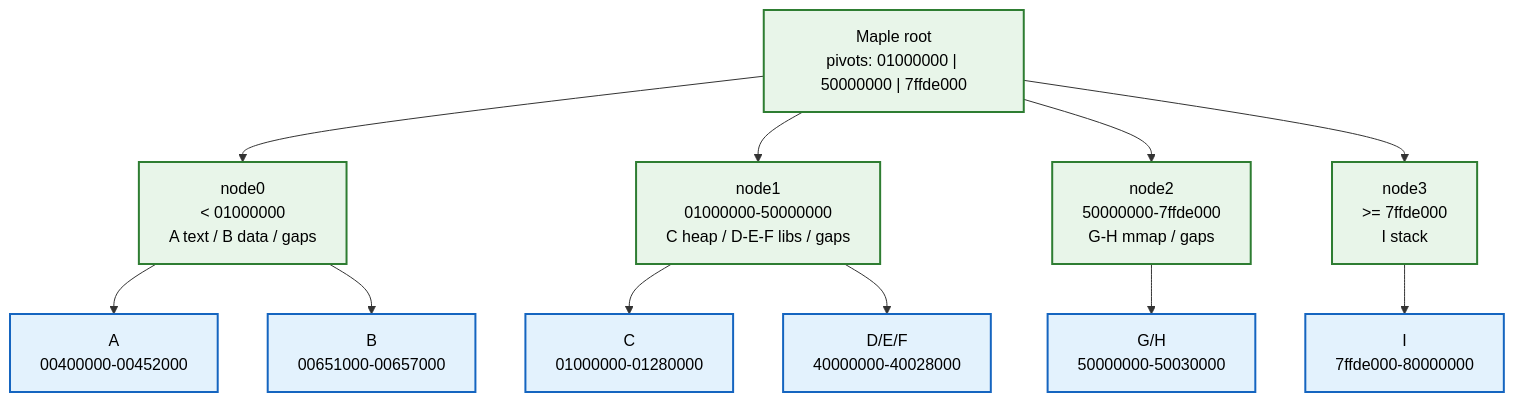
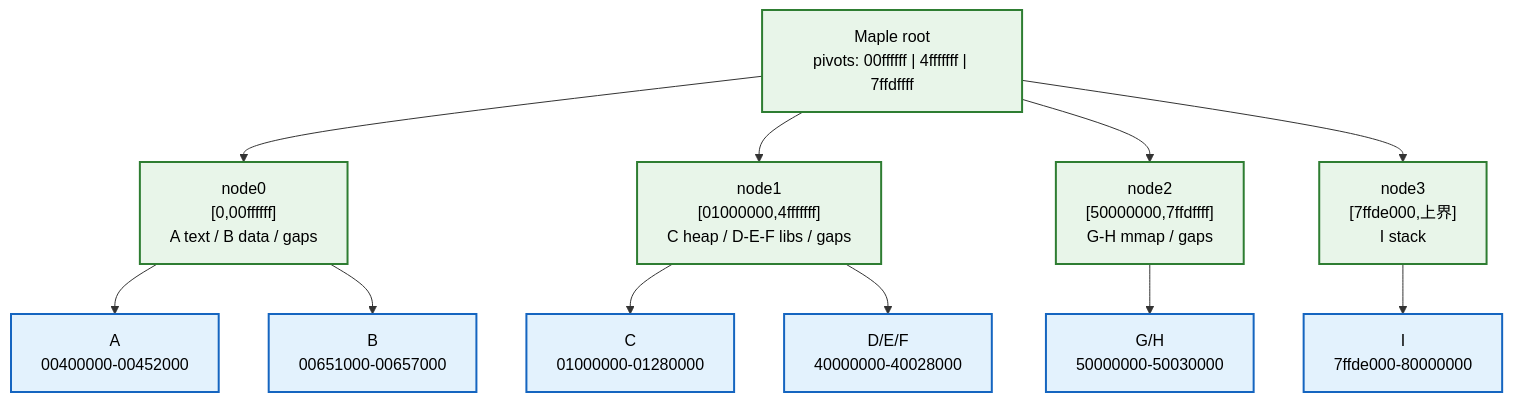
The eighth of 16 diagrams in knowledge/linux/data_structures/红黑树_rb-tree/P14_Maple_Tree_与_VMA_管理.md (FormingSystem/linux_note), drawn with Mermaid before and after one commit. The commit also changed other lines of this file and 23 other files, not shown here.

````diff
--- a/knowledge/linux/data_structures/红黑树_rb-tree/P14_Maple_Tree_与_VMA_管理.md
+++ b/knowledge/linux/data_structures/红黑树_rb-tree/P14_Maple_Tree_与_VMA_管理.md
@@ -803,33 +758,33 @@
 ```mermaid
 flowchart TD
-	root["Maple root<br/>pivots: 01000000 | 50000000 | 7ffde000"]
+	root["Maple root<br/>pivots: 00ffffff | 4fffffff | 7ffdffff"]
 
-	n0["node0<br/>< 01000000<br/>A text / B data / gaps"]
-	n1["node1<br/>01000000-50000000<br/>C heap / D-E-F libs / gaps"]
-	n2["node2<br/>50000000-7ffde000<br/>G-H mmap / gaps"]
-	n3["node3<br/>>= 7ffde000<br/>I stack"]
+	n0["node0<br/>[0,00ffffff]<br/>A text / B data / gaps"]
+	n1["node1<br/>[01000000,4fffffff]<br/>C heap / D-E-F libs / gaps"]
+	n2["node2<br/>[50000000,7ffdffff]<br/>G-H mmap / gaps"]
+	n3["node3<br/>[7ffde000,上界]<br/>I stack"]
 
 	A["A<br/>00400000-00452000"]
 	B["B<br/>00651000-00657000"]
 	C["C<br/>01000000-01280000"]
 	D["D/E/F<br/>40000000-40028000"]
 	G["G/H<br/>50000000-50030000"]
 	I["I<br/>7ffde000-80000000"]
 
 	root --> n0
 	root --> n1
 	root --> n2
 	root --> n3
 
 	n0 --> A
 	n0 --> B
 	n1 --> C
 	n1 --> D
 	n2 --> G
 	n3 --> I
 
 	classDef mt fill:#e8f5e9,stroke:#2e7d32,color:#000,stroke-width:2px;
 	classDef vma fill:#e3f2fd,stroke:#1565c0,color:#000,stroke-width:2px;
 	class root,n0,n1,n2,n3 mt;
 	class A,B,C,D,G,I vma;
 ```
````
